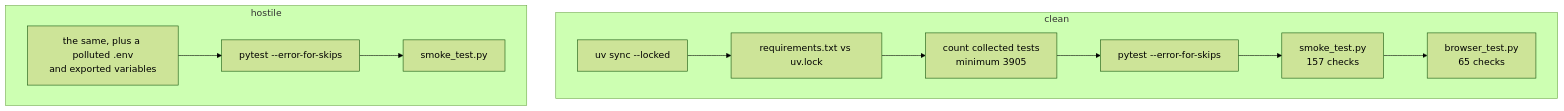
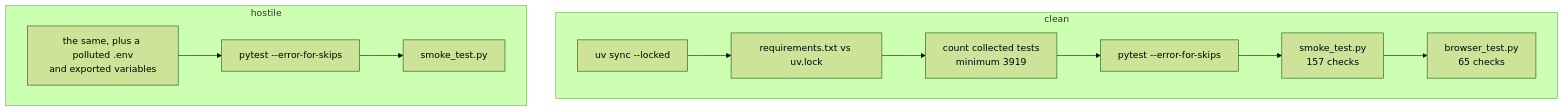
The diagram in docs/testing.md (IAMN1/link-shortener), drawn with Mermaid (forest theme) before and after one commit. The commit also changed other lines of this file and 11 other files, not shown here.

````diff
--- a/docs/testing.md
+++ b/docs/testing.md
@@ -409,12 +409,12 @@
 ```mermaid
 flowchart TD
     subgraph clean["clean"]
         C1[uv sync --locked] --> C2[requirements.txt vs uv.lock]
-        C2 --> C3[count collected tests<br/>minimum 3905] --> C4[pytest --error-for-skips]
+        C2 --> C3[count collected tests<br/>minimum 3919] --> C4[pytest --error-for-skips]
         C4 --> C5[smoke_test.py<br/>157 checks] --> C6[browser_test.py<br/>65 checks]
     end
     subgraph hostile["hostile"]
         H1[the same, plus a polluted .env<br/>and exported variables] --> H2[pytest --error-for-skips]
         H2 --> H3[smoke_test.py]
     end
 ```
````
